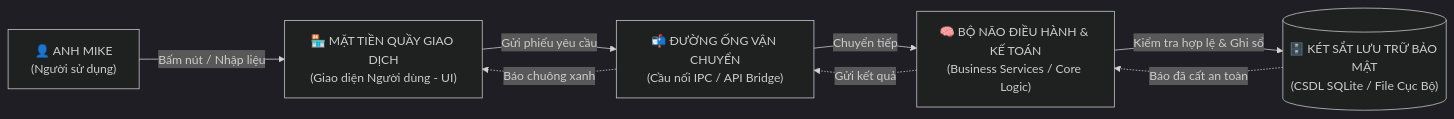
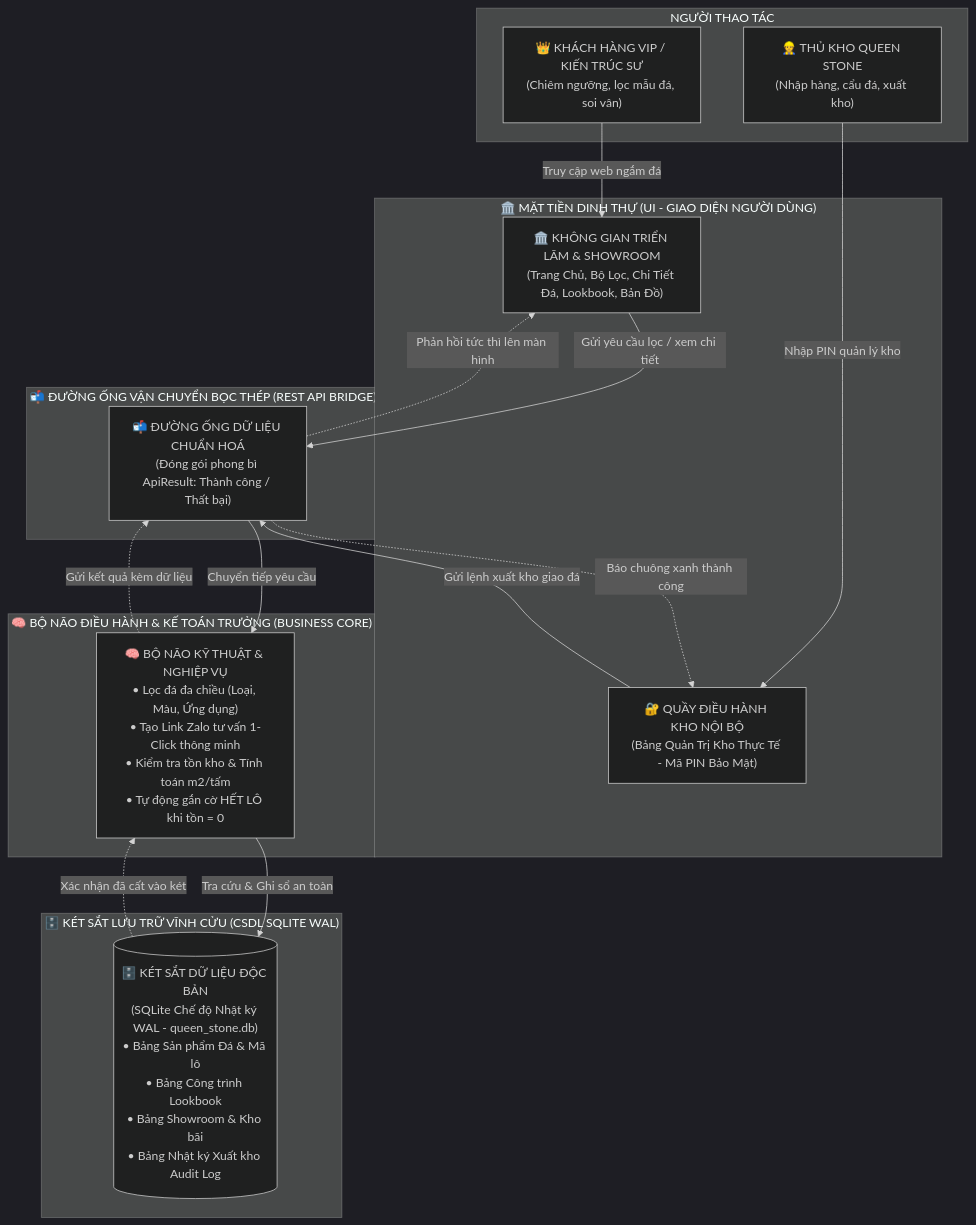
The first of 4 diagrams in SYSTEM_OVERVIEW.md (Manhld81/queen-stone-web), drawn with Mermaid (dark theme) before and after one commit. The commit also changed other lines of this file and 163 other files, not shown here.

Commit message:
feat: dong goi toan dien Queen Stone san sang deploy Koyeb Cloud 24/7 va test Internet

````diff
--- a/SYSTEM_OVERVIEW.md
+++ b/SYSTEM_OVERVIEW.md
@@ -14,15 +17,37 @@
 ```mermaid
-graph LR
-    User["👤 ANH MIKE<br>(Người sử dụng)"] 
-    -->|"Bấm nút / Nhập liệu"| UI["🏪 MẶT TIỀN QUẦY GIAO DỊCH<br>(Giao diện Người dùng - UI)"]
-    
-    UI -->|"Gửi phiếu yêu cầu"| Pipe["📬 ĐƯỜNG ỐNG VẬN CHUYỂN<br>(Cầu nối IPC / API Bridge)"]
-    
-    Pipe -->|"Chuyển tiếp"| Brain["🧠 BỘ NÃO ĐIỀU HÀNH & KẾ TOÁN<br>(Business Services / Core Logic)"]
-    
-    Brain -->|"Kiểm tra hợp lệ & Ghi sổ"| DB[("🗄️ KÉT SẮT LƯU TRỮ BẢO MẬT<br>(CSDL SQLite / File Cục Bộ)")]
-    
-    DB -.->|"Báo đã cất an toàn"| Brain
-    Brain -.->|"Gửi kết quả"| Pipe
-    Pipe -.->|"Báo chuông xanh"| UI
+graph TD
+    subgraph "NGƯỜI THAO TÁC"
+        VIP["👑 KHÁCH HÀNG VIP / KIẾN TRÚC SƯ<br>(Chiêm ngưỡng, lọc mẫu đá, soi vân)"]
+        KHO["👷 THỦ KHO QUEEN STONE<br>(Nhập hàng, cẩu đá, xuất kho)"]
+    end
+
+    subgraph "🏛️ MẶT TIỀN DINH THỰ (UI - GIAO DIỆN NGƯỜI DÙNG)"
+        UI_Showroom["🏛️ KHÔNG GIAN TRIỂN LÃM & SHOWROOM<br>(Trang Chủ, Bộ Lọc, Chi Tiết Đá, Lookbook, Bản Đồ)"]
+        UI_Admin["🔐 QUẦY ĐIỀU HÀNH KHO NỘI BỘ<br>(Bảng Quản Trị Kho Thực Tế - Mã PIN Bảo Mật)"]
+    end
+
+    subgraph "📬 ĐƯỜNG ỐNG VẬN CHUYỂN BỌC THÉP (REST API BRIDGE)"
+        Pipe["📬 ĐƯỜNG ỐNG DỮ LIỆU CHUẨN HOÁ<br>(Đóng gói phong bì ApiResult: Thành công / Thất bại)"]
+    end
+
+    subgraph "🧠 BỘ NÃO ĐIỀU HÀNH & KẾ TOÁN TRƯỞNG (BUSINESS CORE)"
+        Brain["🧠 BỘ NÃO KỸ THUẬT & NGHIỆP VỤ<br>• Lọc đá đa chiều (Loại, Màu, Ứng dụng)<br>• Tạo Link Zalo tư vấn 1-Click thông minh<br>• Kiểm tra tồn kho & Tính toán m2/tấm<br>• Tự động gắn cờ HẾT LÔ khi tồn = 0"]
+    end
+
+    subgraph "🗄️ KÉT SẮT LƯU TRỮ VĨNH CỬU (CSDL SQLITE WAL)"
+        DB[("🗄️ KÉT SẮT DỮ LIỆU ĐỘC BẢN<br>(SQLite Chế độ Nhật ký WAL - queen_stone.db)<br>• Bảng Sản phẩm Đá & Mã lô<br>• Bảng Công trình Lookbook<br>• Bảng Showroom & Kho bãi<br>• Bảng Nhật ký Xuất kho Audit Log")]
+    end
+
+    VIP -->|"Truy cập web ngắm đá"| UI_Showroom
+    KHO -->|"Nhập PIN quản lý kho"| UI_Admin
+
+    UI_Showroom -->|"Gửi yêu cầu lọc / xem chi tiết"| Pipe
+    UI_Admin -->|"Gửi lệnh xuất kho giao đá"| Pipe
+
+    Pipe -->|"Chuyển tiếp yêu cầu"| Brain
+    Brain -->|"Tra cứu & Ghi sổ an toàn"| DB
+    DB -.->|"Xác nhận đã cất vào két"| Brain
+    Brain -.->|"Gửi kết quả kèm dữ liệu"| Pipe
+    Pipe -.->|"Phản hồi tức thì lên màn hình"| UI_Showroom
+    Pipe -.->|"Báo chuông xanh thành công"| UI_Admin
 ```
````
